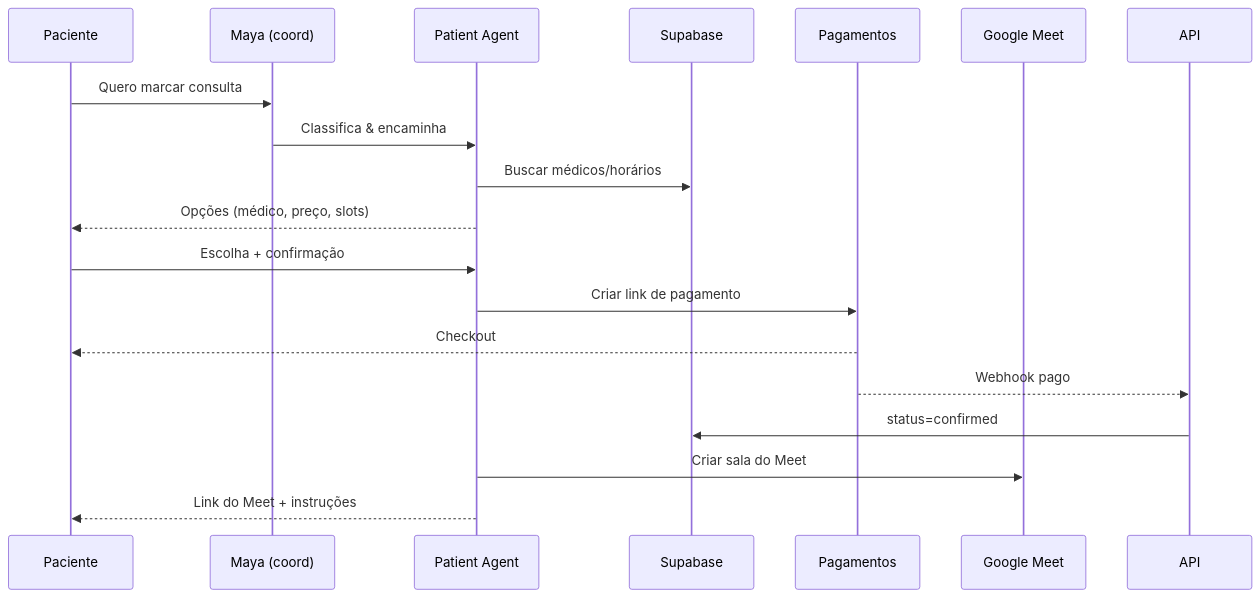
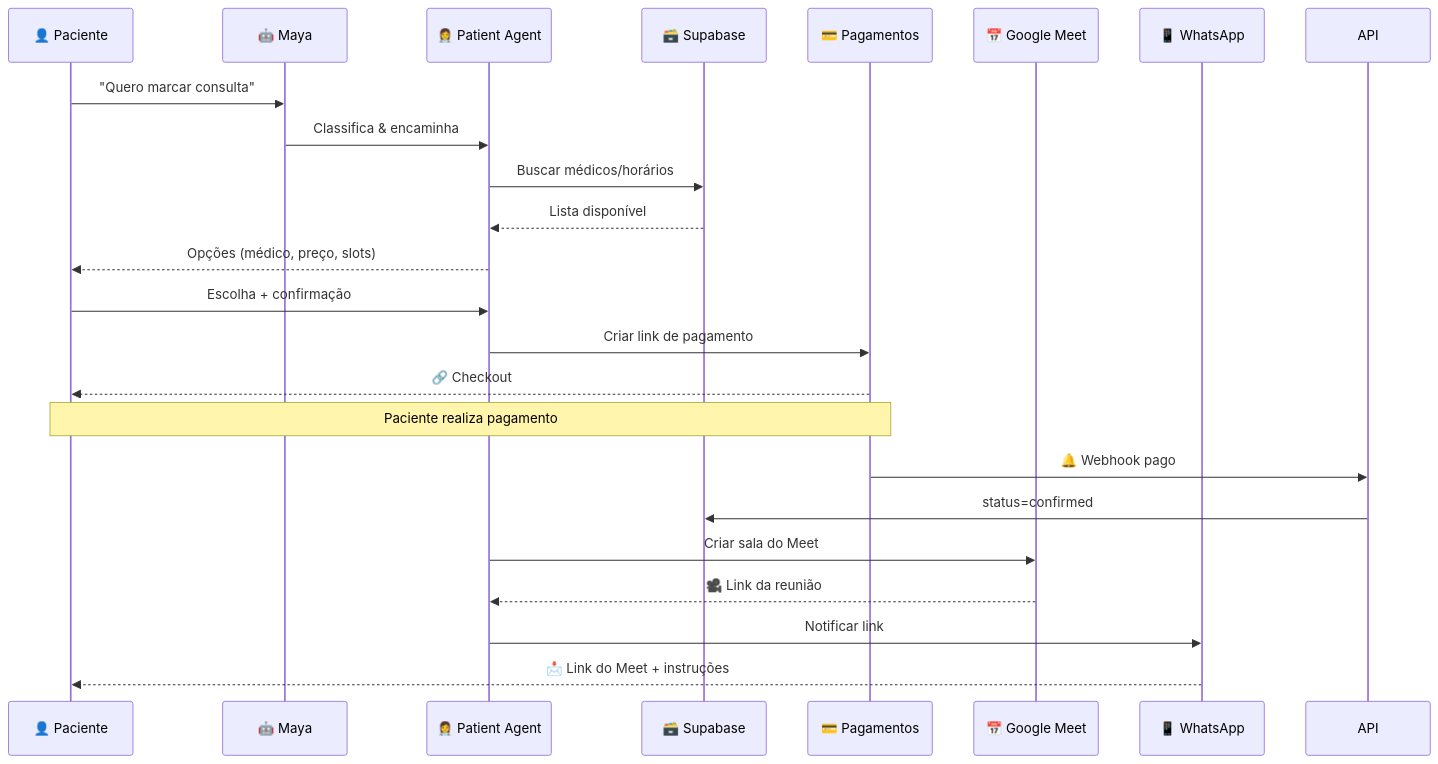
The second of 4 diagrams in README.md (deveclipsy007/maya.ia), drawn with Mermaid before and after one commit. The commit also changed other lines of this file, not shown here.

First line of the commit message:
fix: Corrigir diagramas Mermaid no README

````diff
--- a/README.md
+++ b/README.md
@@ -192,20 +203,26 @@
 ```mermaid
 sequenceDiagram
-  participant U as Paciente
-  participant M as Maya (coord)
-  participant P as Patient Agent
-  participant S as Supabase
-  participant Pay as Pagamentos
-  participant G as Google Meet
-  U->>M: Quero marcar consulta
-  M->>P: Classifica & encaminha
-  P->>S: Buscar médicos/horários
-  P-->>U: Opções (médico, preço, slots)
-  U->>P: Escolha + confirmação
-  P->>Pay: Criar link de pagamento
-  Pay-->>U: Checkout
-  Pay-->>API: Webhook pago
-  API->>S: status=confirmed
-  P->>G: Criar sala do Meet
-  P-->>U: Link do Meet + instruções
+    participant U as 👤 Paciente
+    participant M as 🤖 Maya
+    participant P as 👩‍⚕️ Patient Agent
+    participant S as 🗃️ Supabase
+    participant Pay as 💳 Pagamentos
+    participant G as 📅 Google Meet
+    participant W as 📱 WhatsApp
+
+    U->>M: "Quero marcar consulta"
+    M->>P: Classifica & encaminha
+    P->>S: Buscar médicos/horários
+    S-->>P: Lista disponível
+    P-->>U: Opções (médico, preço, slots)
+    U->>P: Escolha + confirmação
+    P->>Pay: Criar link de pagamento
+    Pay-->>U: 🔗 Checkout
+    Note over U,Pay: Paciente realiza pagamento
+    Pay->>API: 🔔 Webhook pago
+    API->>S: status=confirmed
+    P->>G: Criar sala do Meet
+    G-->>P: 🎥 Link da reunião
+    P->>W: Notificar link
+    W-->>U: 📩 Link do Meet + instruções
 ```
````
